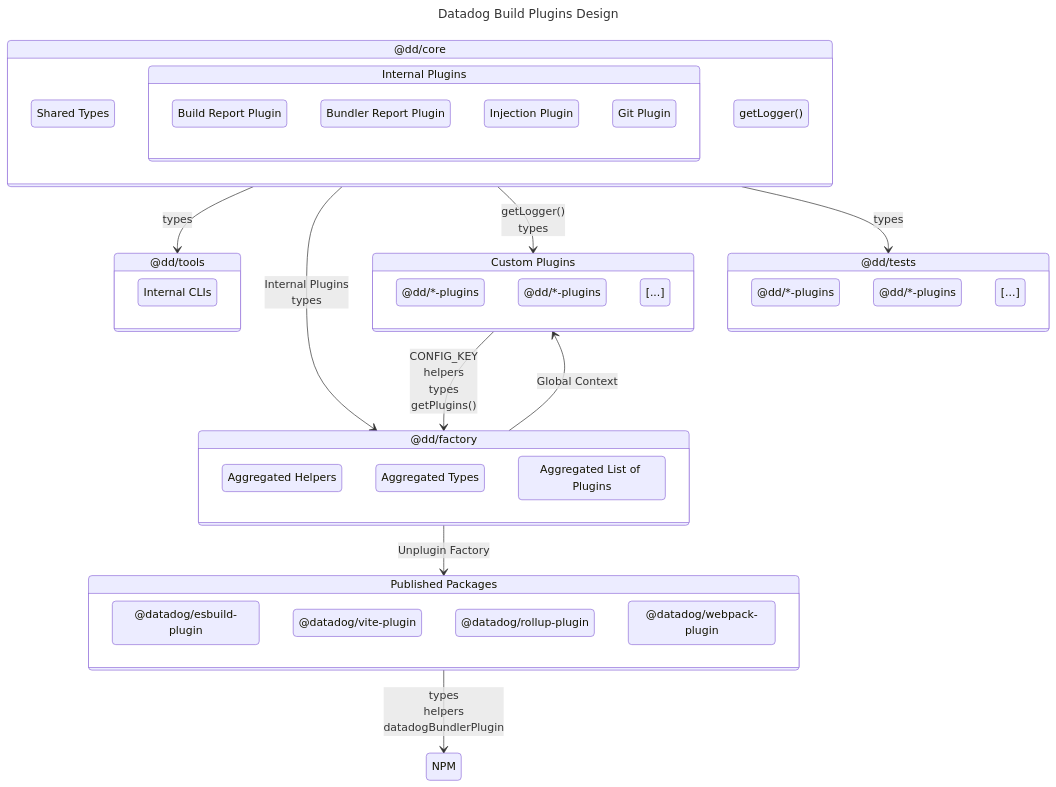
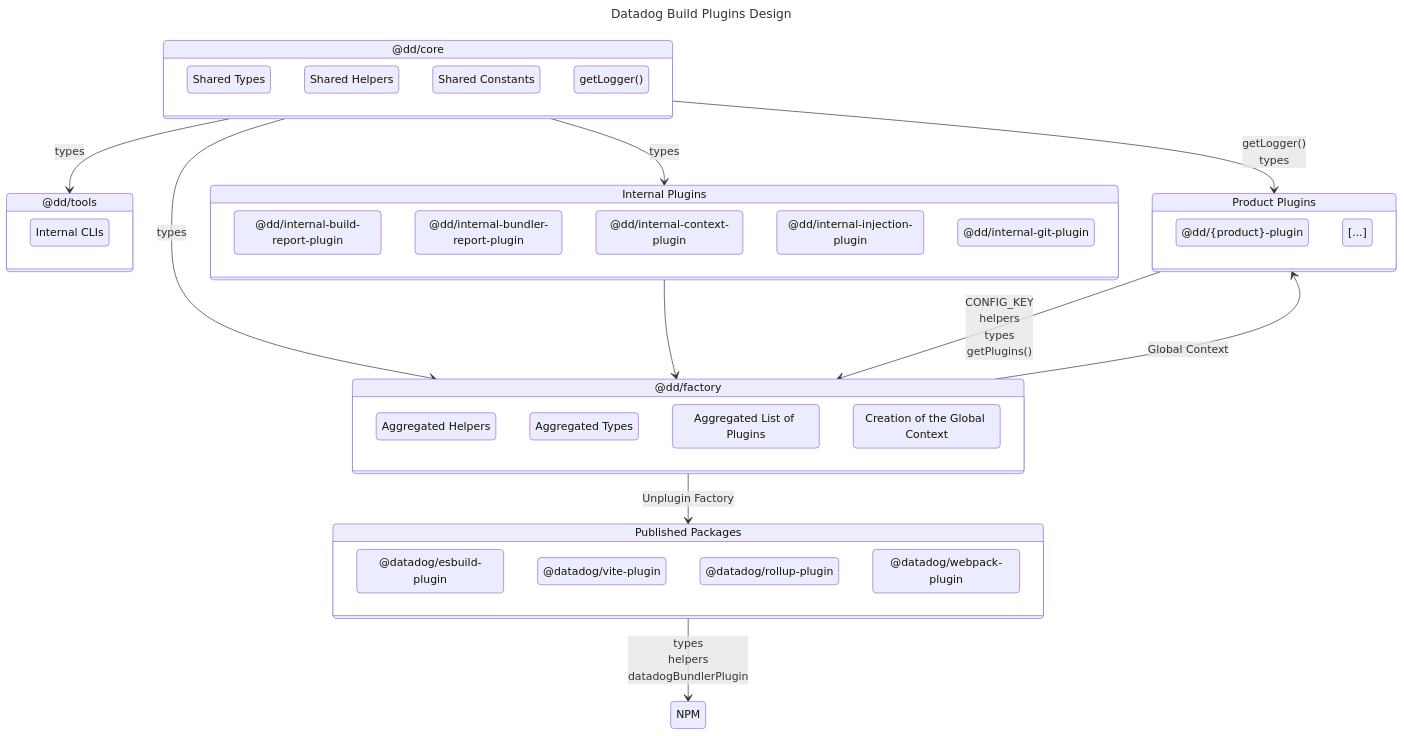
Before and after one commit to DataDog/build-plugins: the diagram in CONTRIBUTING.md, drawn with Mermaid. The commit also changed other lines of this file, not shown here.

Commit message:
Update diagram

````diff
--- a/CONTRIBUTING.md
+++ b/CONTRIBUTING.md
@@ -80,43 +80,44 @@
 ---
 stateDiagram-v2
     published: Published Packages
-    plugins: Custom Plugins
-    customplugin1: @dd/*-plugins
-    customplugin2: @dd/*-plugins
-    customplugin3: [...]
-    customplugin12: @dd/*-plugins
-    customplugin22: @dd/*-plugins
-    customplugin32: [...]
+    productPlugins: Product Plugins
+    productPlugin: @dd/{product}-plugin
+    productPlugin2: [...]
     esbuildplugin: @datadog/esbuild-plugin
     viteplugin: @datadog/vite-plugin
     rollupplugin: @datadog/rollup-plugin
     webpackplugin: @datadog/webpack-plugin
-    tests: @dd/tests
     tools: @dd/tools
     factory: @dd/factory
     core: @dd/core
     types: Shared Types
+    sharedHelpers: Shared Helpers
+    sharedConstants: Shared Constants
     helpers: Aggregated Helpers
     atypes: Aggregated Types
     aplugins: Aggregated List of Plugins
+    contextCreation: Creation of the Global Context
     cli: Internal CLIs
     internalPlugins: Internal Plugins
-    buildReportPlugin: Build Report Plugin
-    bundlerReportPlugin: Bundler Report Plugin
-    injectionPlugin: Injection Plugin
-    gitPlugin: Git Plugin
+    buildReportPlugin: @dd/internal-build-report-plugin
+    bundlerReportPlugin: @dd/internal-bundler-report-plugin
+    contextPlugin: @dd/internal-context-plugin
+    injectionPlugin: @dd/internal-injection-plugin
+    gitPlugin: @dd/internal-git-plugin
 
     state internalPlugins {
         buildReportPlugin
         bundlerReportPlugin
+        contextPlugin
         gitPlugin
         injectionPlugin
     }
 
     state core {
         getLogger()
+        sharedHelpers
+        sharedConstants
         types
-        internalPlugins
     }
 
     state published {
@@ -126,13 +127,13 @@
         webpackplugin
     }
 
-    state plugins {
-        customplugin1
-        customplugin2
-        customplugin3
+    state productPlugins {
+        productPlugin
+        productPlugin2
     }
 
     state factory {
+        contextCreation
         helpers
         atypes
         aplugins
@@ -142,18 +143,13 @@
         cli
     }
 
-    state tests {
-        customplugin12
-        customplugin22
-        customplugin32
-    }
-
-    plugins --> factory: CONFIG_KEY<br/>helpers<br/>types<br/>getPlugins()
+    internalPlugins --> factory
+    productPlugins --> factory: CONFIG_KEY<br/>helpers<br/>types<br/>getPlugins()
     core --> tools: types
-    core --> factory: Internal Plugins<br/>types
-    core --> plugins: getLogger()<br/>types
-    core --> tests: types
-    factory --> plugins: Global Context
+    core --> factory: types
+    core --> internalPlugins: types
+    core --> productPlugins: getLogger()<br/>types
+    factory --> productPlugins: Global Context
     factory --> published: Unplugin Factory
     published --> NPM: types<br/>helpers<br/>datadogBundlerPlugin
 ```
````
